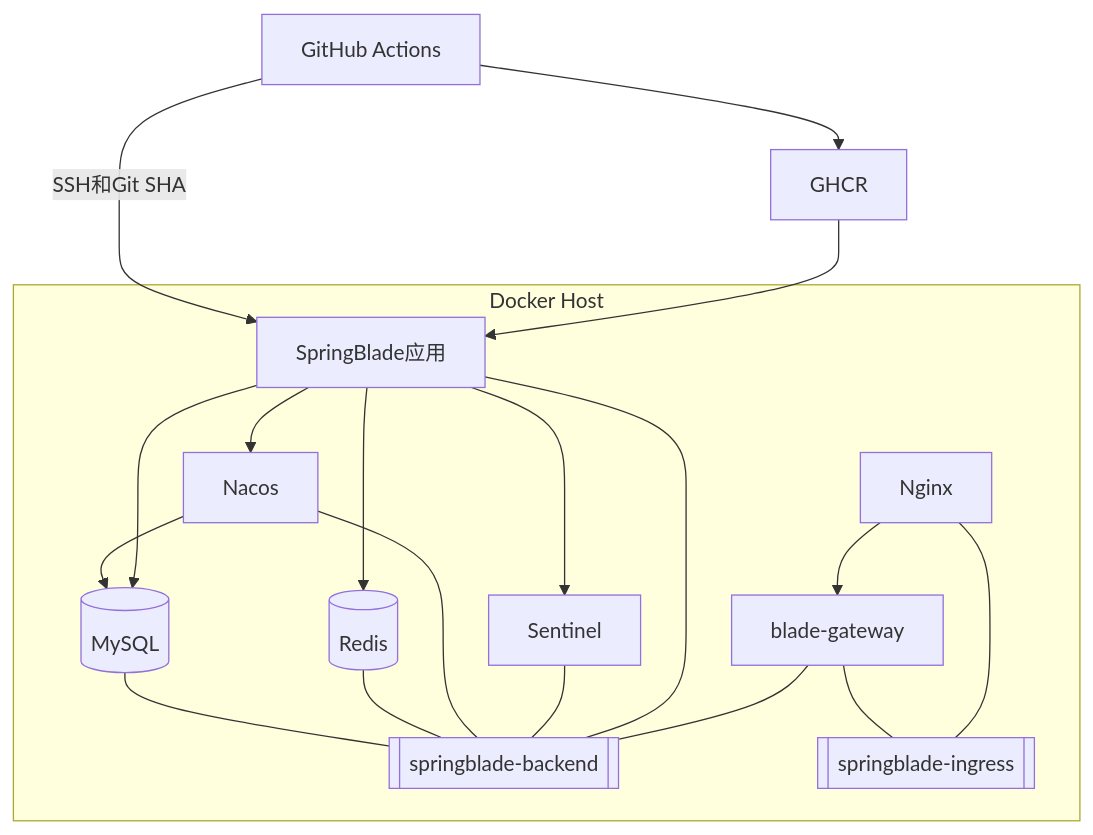
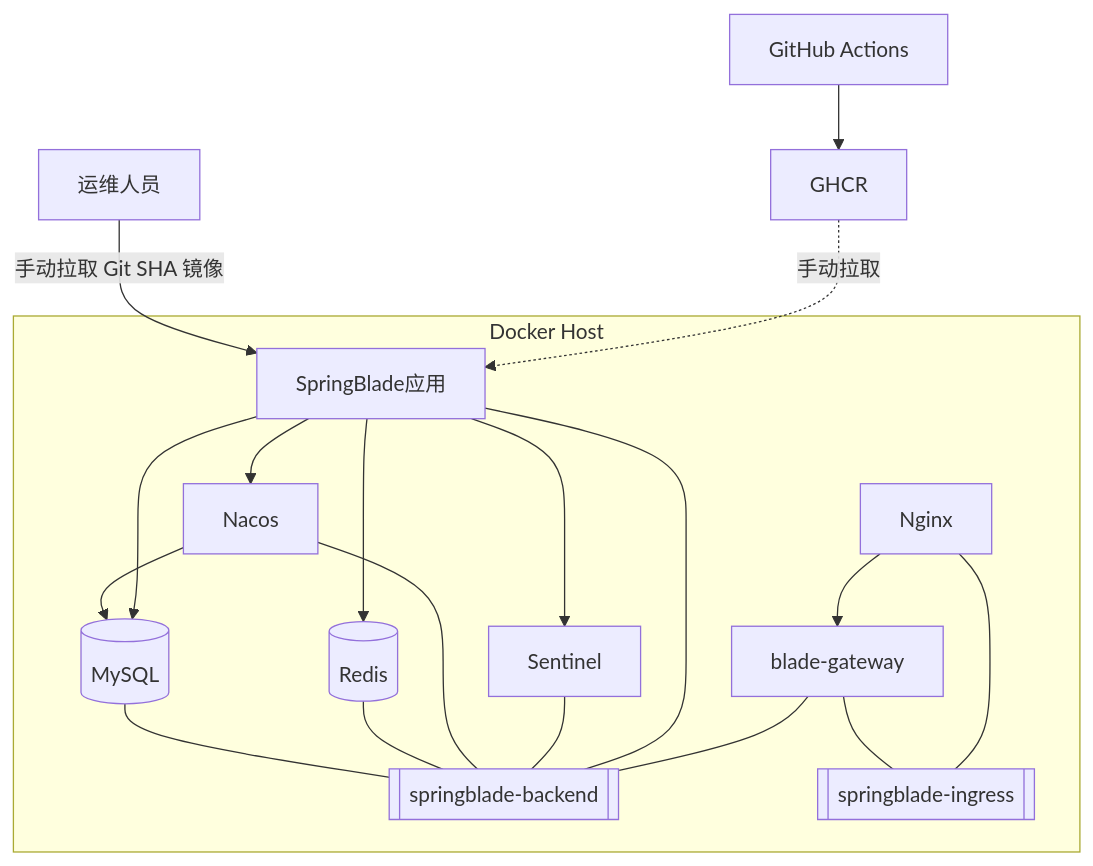
One commit to anInterestingName/SpringBlade changed the diagram in doc/design/DESIGN-REQ-2026-006-compose-deployment.md. Above: the diagram before and after it, drawn with Mermaid. The commit also changed other lines of this file and 5 other files, not shown here.

````diff
--- a/doc/design/DESIGN-REQ-2026-006-compose-deployment.md
+++ b/doc/design/DESIGN-REQ-2026-006-compose-deployment.md
@@ -58,33 +58,33 @@
 ```mermaid
 flowchart TB
     GH[GitHub Actions] --> GHCR[GHCR]
-    GH -->|SSH和Git SHA| APP
+    OP[运维人员] -->|手动拉取 Git SHA 镜像| APP
 
     subgraph HOST[Docker Host]
         MYSQL[(MySQL)]
         REDIS[(Redis)]
         NACOS[Nacos]
         SENTINEL[Sentinel]
         APP[SpringBlade应用]
         GW[blade-gateway]
         NGINX[Nginx]
         BACKEND[[springblade-backend]]
         INGRESS[[springblade-ingress]]
     end
 
-    GHCR --> APP
+    GHCR -.->|手动拉取| APP
     NACOS --> MYSQL
     APP --> MYSQL
     APP --> REDIS
     APP --> NACOS
     APP --> SENTINEL
     NGINX --> GW
     MYSQL --- BACKEND
     REDIS --- BACKEND
     NACOS --- BACKEND
     SENTINEL --- BACKEND
     APP --- BACKEND
     GW --- BACKEND
     GW --- INGRESS
     NGINX --- INGRESS
 ```
````
